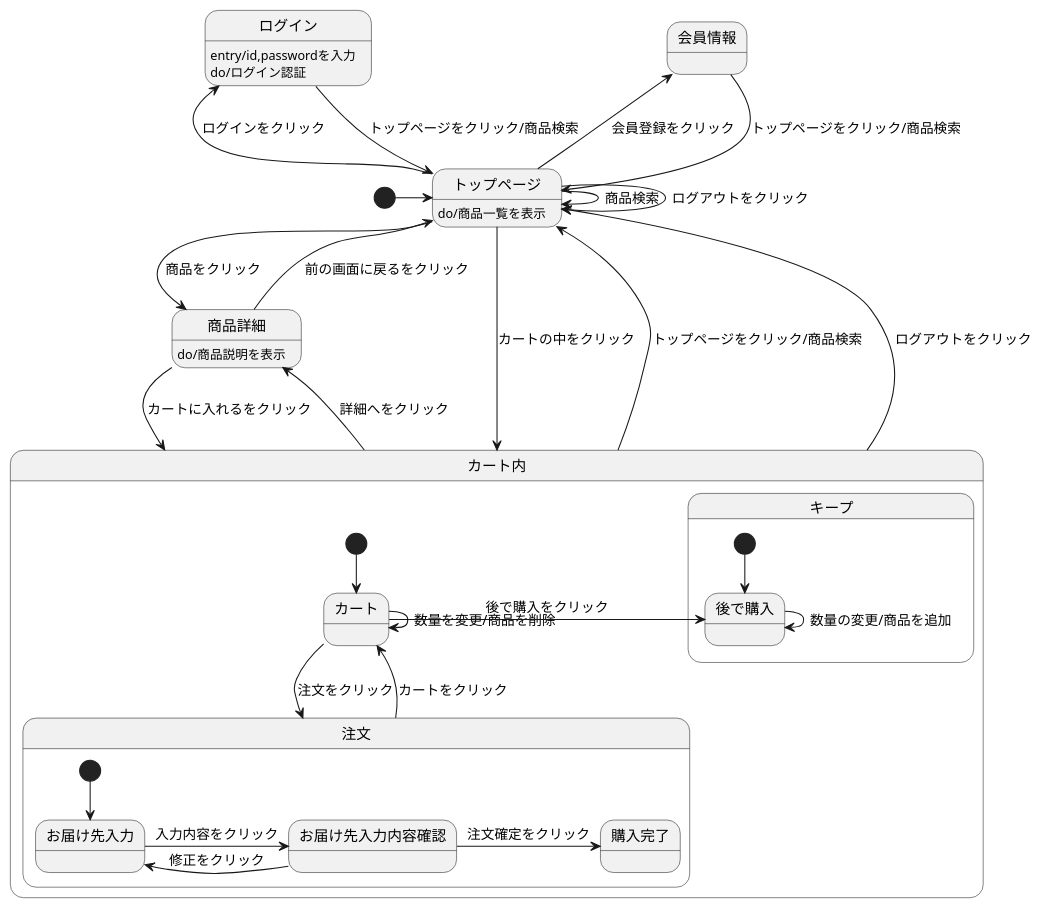
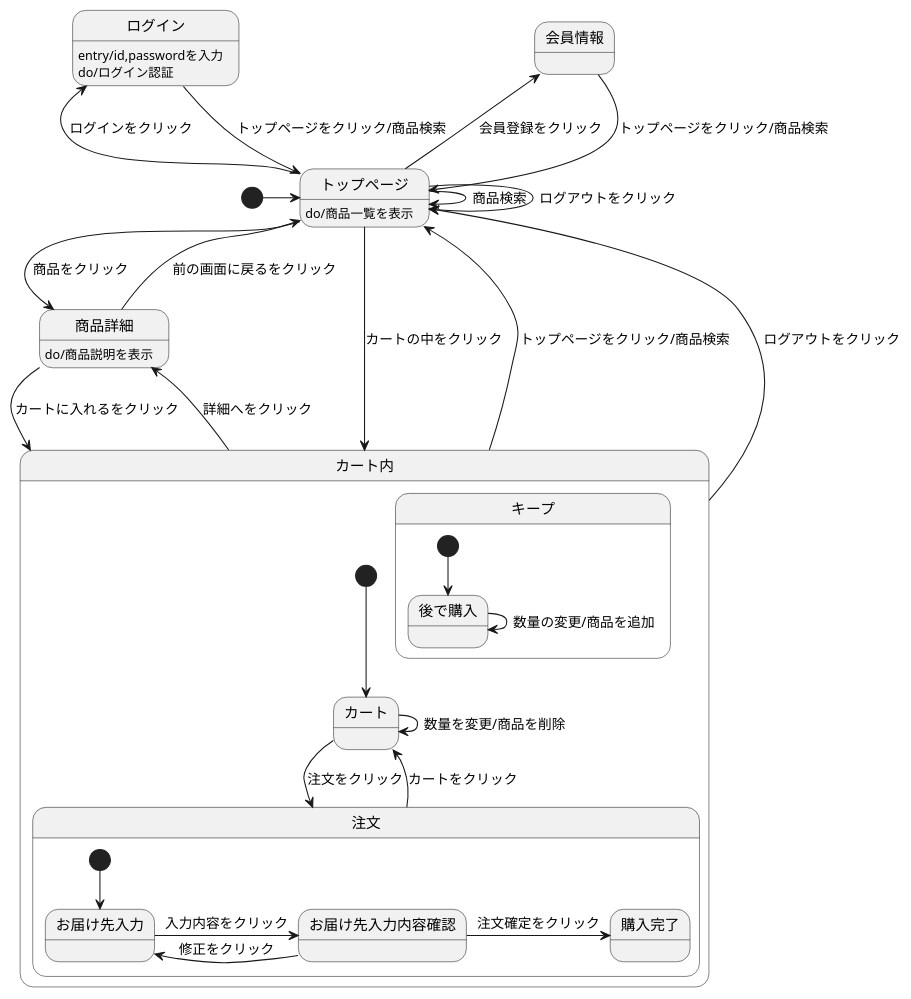
Before and after one commit to Aso2101121/2021sys-design: the diagram in origamen.md, drawn with PlantUML.

````diff
--- a/origamen.md
+++ b/origamen.md
@@ -1,40 +1,38 @@
 ```uml
 @startuml
 [*] -> トップページ
 会員情報 --> トップページ : トップページをクリック/商品検索
 ログイン --> トップページ : トップページをクリック/商品検索
 ログイン:entry/id,passwordを入力
 ログイン:do/ログイン認証
 トップページ --> トップページ : ログアウトをクリック
 トップページ -> トップページ : 商品検索
 トップページ -> 商品詳細 : 商品をクリック
 トップページ -left->会員情報 : 会員登録をクリック
 トップページ -left-> ログイン : ログインをクリック
 トップページ --> カート内 : カートの中をクリック
 トップページ:do/商品一覧を表示
 商品詳細 --> カート内 : カートに入れるをクリック
 商品詳細 --> トップページ : 前の画面に戻るをクリック
 商品詳細:do/商品説明を表示
 カート内 -up-> トップページ : トップページをクリック/商品検索
 カート内 -up-> トップページ : ログアウトをクリック
 カート内 -> 商品詳細 : 詳細へをクリック
 
 state カート内 {
 [*] --> カート
 カート -> 注文 : 注文をクリック
 カート -> カート : 数量を変更/商品を削除
 注文 --> カート : カートをクリック
 state 注文 {
 [*] --> お届け先入力
 お届け先入力 -> お届け先入力内容確認 : 入力内容をクリック
 お届け先入力内容確認 -> お届け先入力 : 修正をクリック
 お届け先入力内容確認 -> 購入完了 : 注文確定をクリック
 }
 state キープ {
 [*] --> 後で購入
-カート -> 後で購入 : 後で購入をクリック
 後で購入 -> 後で購入 : 数量の変更/商品を追加
 }
-
 @enduml
 ```
````
